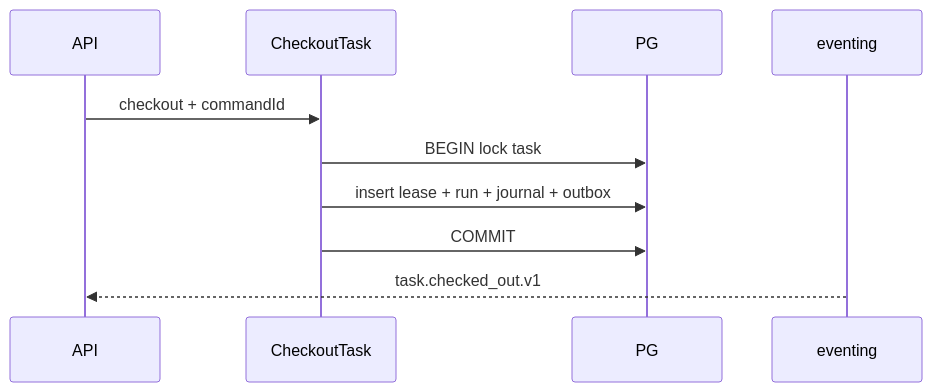
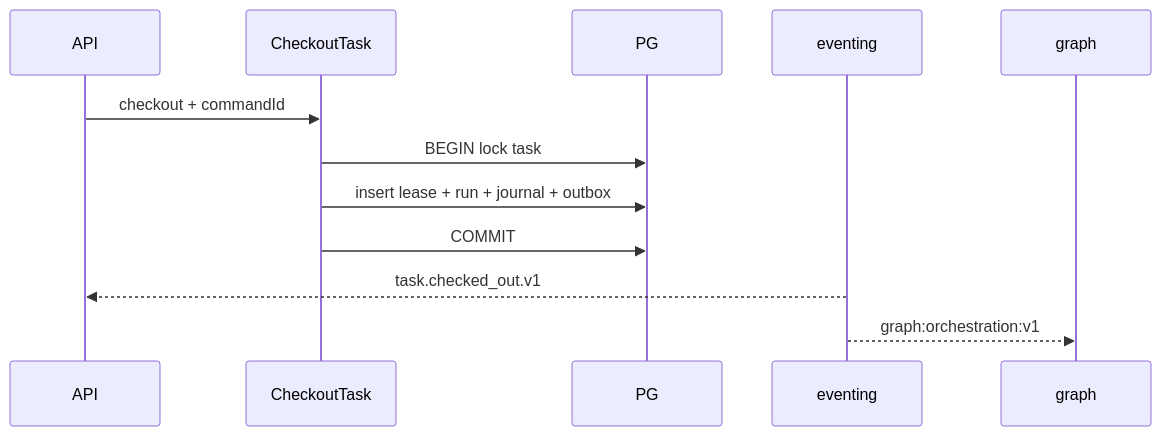
Before and after one commit to jcafeitosa/anxionOS: the diagram in docs/orchestration/modules/orchestration/R05-storage.md, drawn with Mermaid. The commit also changed other lines of this file and 1 other file, not shown here.

Commit message:
Auto-save: Updated docs/orchestration/modules/orchestration/R04-contracts.md, docs/orchestration/modules/orchestration/R05-storage.md

````diff
--- a/docs/orchestration/modules/orchestration/R05-storage.md
+++ b/docs/orchestration/modules/orchestration/R05-storage.md
@@ -26,12 +83,14 @@
 ```mermaid
 sequenceDiagram
   participant API
   participant ORC as CheckoutTask
   participant PG
   participant EVT as eventing
+  participant GRP as graph
   API->>ORC: checkout + commandId
   ORC->>PG: BEGIN lock task
   ORC->>PG: insert lease + run + journal + outbox
   ORC->>PG: COMMIT
   EVT-->>API: task.checked_out.v1
+  EVT-->>GRP: graph:orchestration:v1
 ```
````
